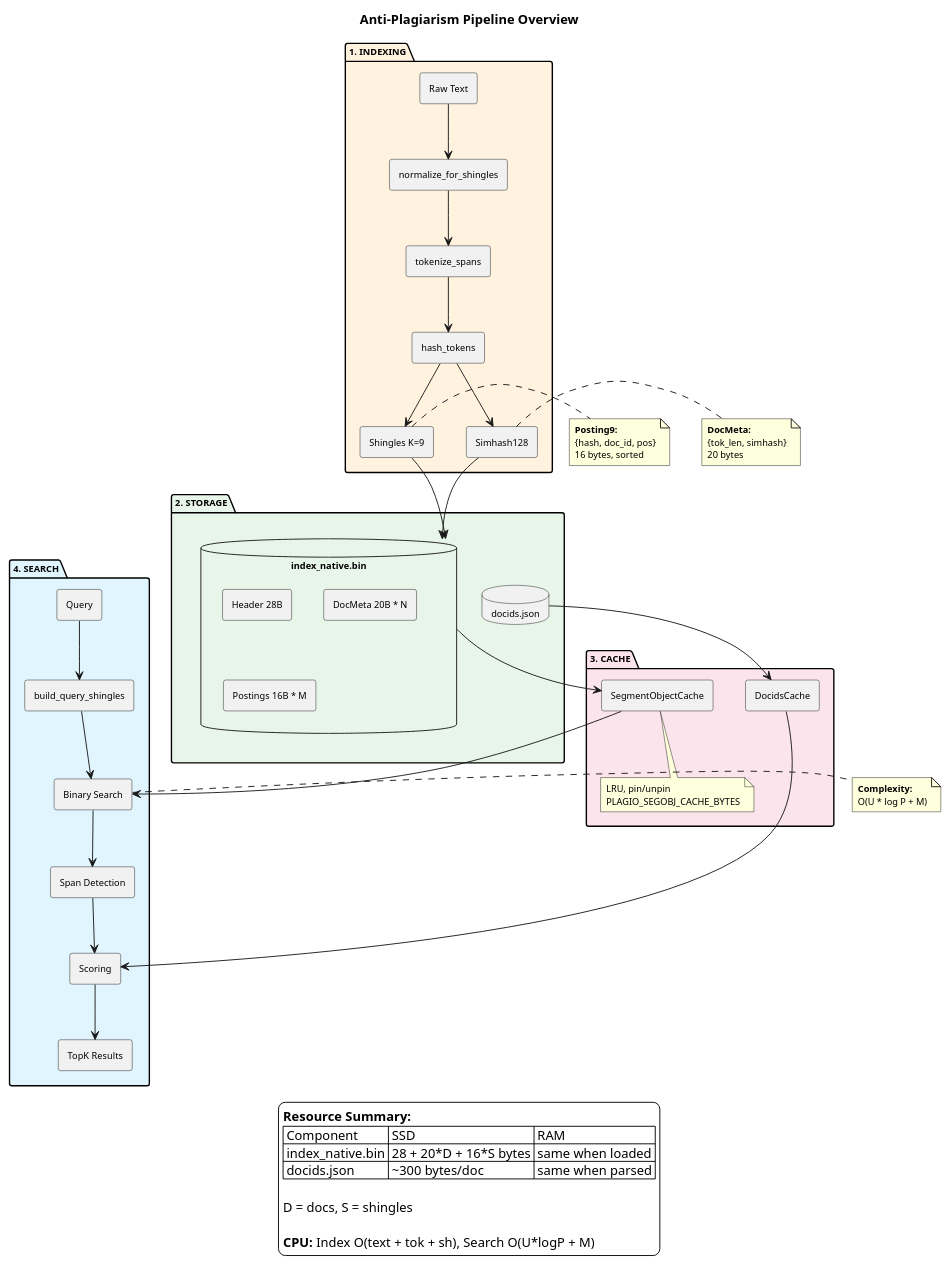
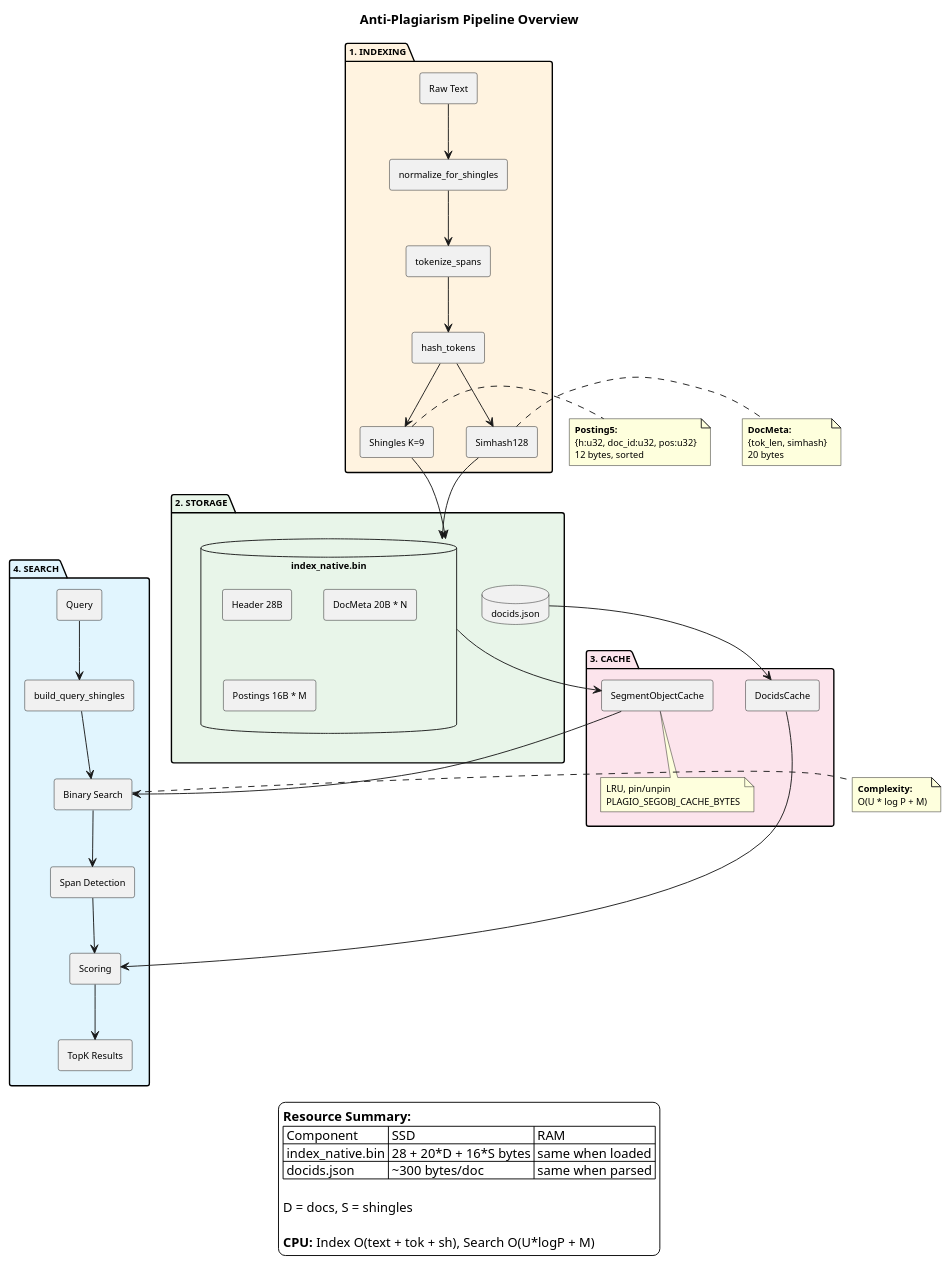
The diagram in docs/0_overview.puml (ProgrammerXX1/anti-plagiarism), drawn with PlantUML before and after one commit. The commit also changed 6 other files, not shown here.

```diff
--- a/docs/0_overview.puml
+++ b/docs/0_overview.puml
@@ -1,93 +1,93 @@
 @startuml overview
 skinparam backgroundColor white
 skinparam defaultFontName Arial
 skinparam defaultFontSize 10
 skinparam componentStyle rectangle
 
 title Anti-Plagiarism Pipeline Overview
 
 package "1. INDEXING" #FFF3E0 {
   [Raw Text] as raw
   [normalize_for_shingles] as norm
   [tokenize_spans] as tok
   [hash_tokens] as hash
   [Shingles K=9] as shingle
   [Simhash128] as sim
   
   raw --> norm
   norm --> tok
   tok --> hash
   hash --> shingle
   hash --> sim
 }
 
 package "2. STORAGE" #E8F5E9 {
   database "index_native.bin" as bin {
     [Header 28B]
     [DocMeta 20B * N]
     [Postings 16B * M]
   }
   database "docids.json" as json
 }
 
 package "3. CACHE" #FCE4EC {
   [SegmentObjectCache] as seg_cache
   [DocidsCache] as doc_cache
   
   note bottom of seg_cache
     LRU, pin/unpin
     PLAGIO_SEGOBJ_CACHE_BYTES
   end note
 }
 
 package "4. SEARCH" #E1F5FE {
   [Query] as query
   [build_query_shingles] as qbuild
   [Binary Search] as bsearch
   [Span Detection] as span
   [Scoring] as score
   [TopK Results] as topk
   
   query --> qbuild
   qbuild --> bsearch
   bsearch --> span
   span --> score
   score --> topk
 }
 
 shingle --> bin
 sim --> bin
 bin --> seg_cache
 json --> doc_cache
 seg_cache --> bsearch
 doc_cache --> score
 
 note right of shingle
-  **Posting9:**
-  {hash, doc_id, pos}
-  16 bytes, sorted
+  **Posting5:**
+  {h:u32, doc_id:u32, pos:u32}
+  12 bytes, sorted
 end note
 
 note right of sim
   **DocMeta:**
   {tok_len, simhash}
   20 bytes
 end note
 
 note right of bsearch
   **Complexity:**
   O(U * log P + M)
 end note
 
 legend bottom
   **Resource Summary:**
   | Component | SSD | RAM |
   | index_native.bin | 28 + 20*D + 16*S bytes | same when loaded |
   | docids.json | ~300 bytes/doc | same when parsed |
   
   D = docs, S = shingles
   
   **CPU:** Index O(text + tok + sh), Search O(U*logP + M)
 endlegend
 
 @enduml
```
